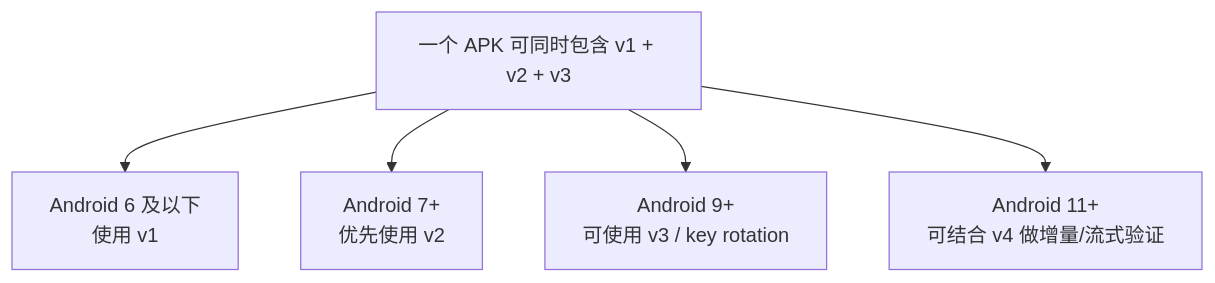
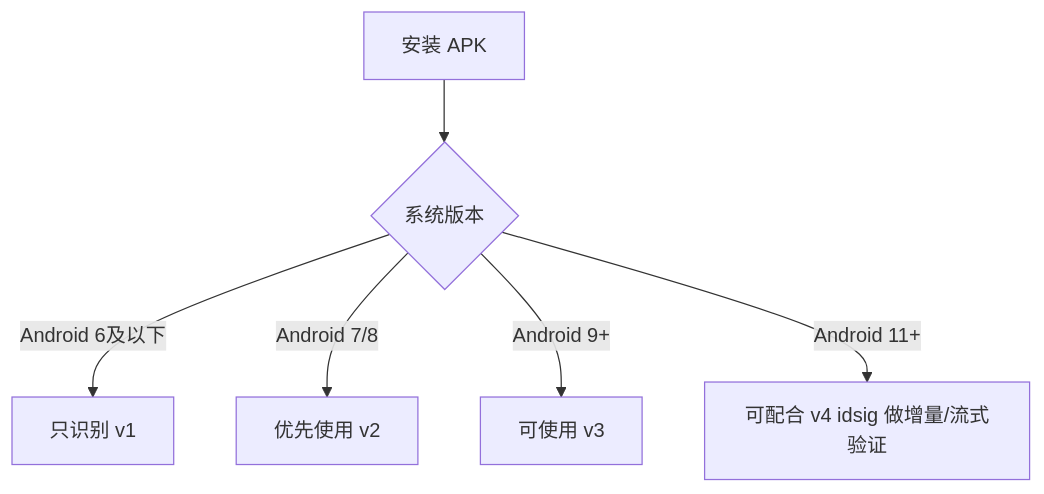
One commit to junyingzhao001/StudyNotes changed the seventh of 11 diagrams in android插件相关/签名详解.md. Above: the diagram before and after it, drawn with Mermaid. The commit also changed other lines of this file and 3 other files, not shown here.

````diff
--- a/android插件相关/签名详解.md
+++ b/android插件相关/签名详解.md
@@ -620,12 +601,8 @@
 ```mermaid
-flowchart TB
-  APK["一个 APK 可同时包含 v1 + v2 + v3"]
-  APK --> Old["Android 6 及以下
-使用 v1"]
-  APK --> N["Android 7+
-优先使用 v2"]
-  APK --> P["Android 9+
-可使用 v3 / key rotation"]
-  APK --> R["Android 11+
-可结合 v4 做增量/流式验证"]
+flowchart TD
+    A["安装 APK"] --> B{"系统版本"}
+    B -->|"Android 6及以下"| C["只识别 v1"]
+    B -->|"Android 7/8"| D["优先使用 v2"]
+    B -->|"Android 9+"| E["可使用 v3"]
+    B -->|"Android 11+"| F["可配合 v4 idsig 做增量/流式验证"]
 ```
````
